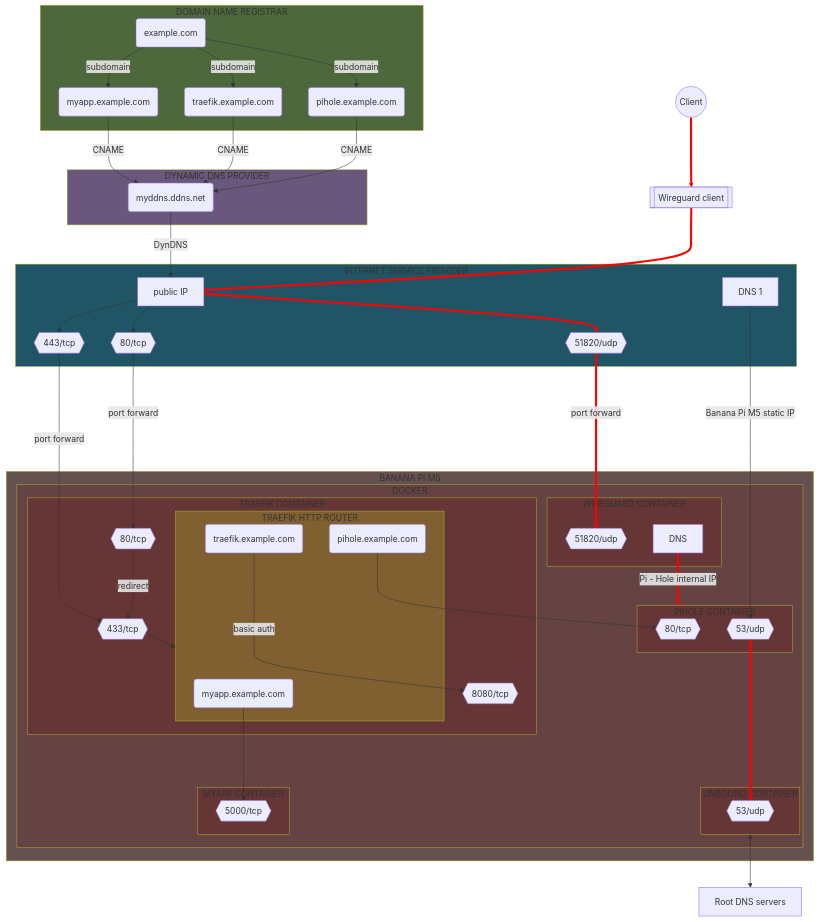
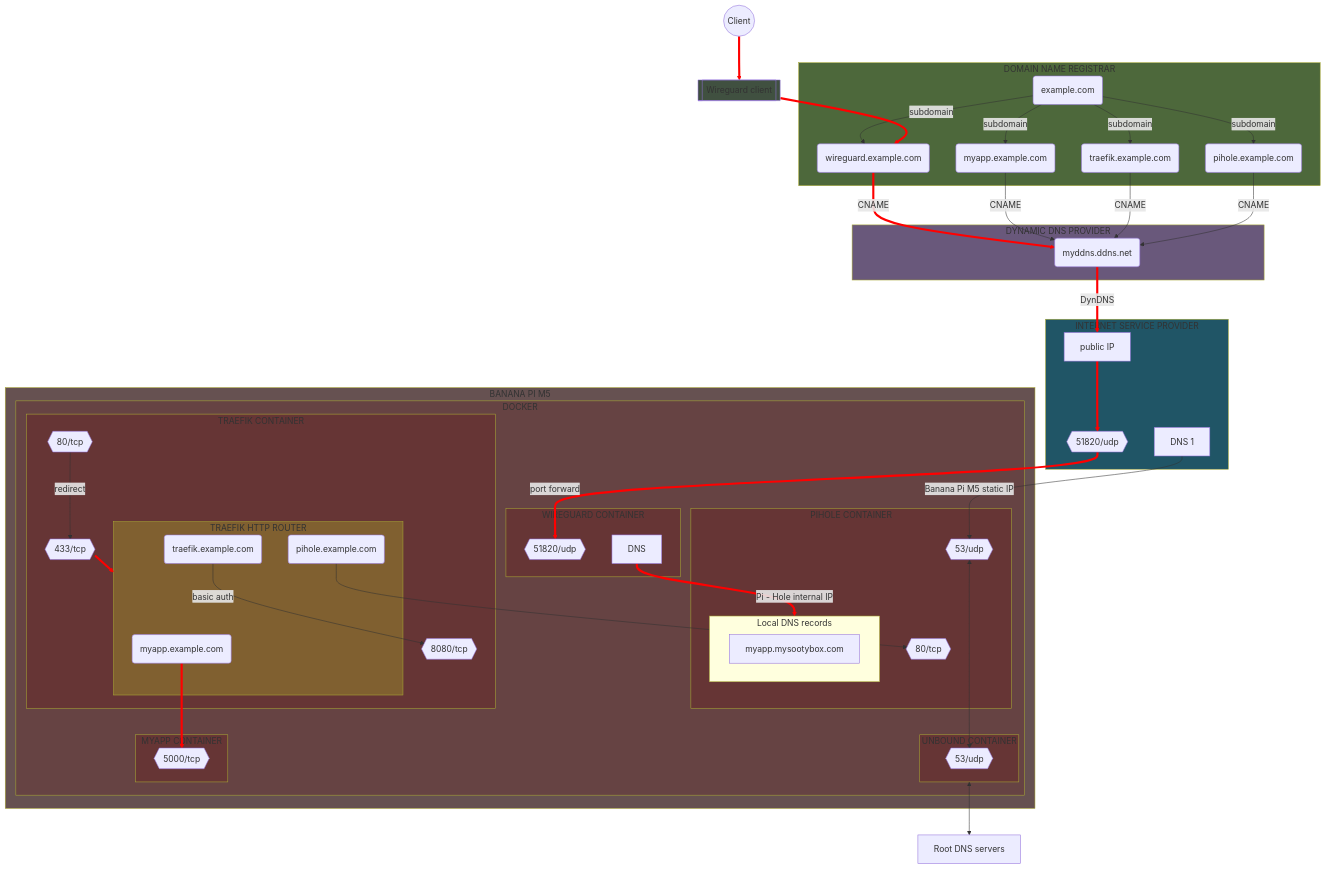
One commit to Yann39/self-hosted changed the seventh of 7 diagrams in README.md. Above: the diagram before and after it, drawn with Mermaid. The commit also changed other lines of this file and 23 other files, not shown here.

````diff
--- a/README.md
+++ b/README.md
@@ -1362,15 +1323,15 @@
     style MYAPP_CONTAINER fill: #663535
     style WIREGUARD_CONTAINER fill: #663535
     style TRAEFIK_ROUTER fill: #806030
+    style WIREGUARD_CLIENT fill: #405040
+    
     DOMAIN(example.com)
-%%SUBDOMAIN_WIREGUARD(wireguard.example.com)
+    SUBDOMAIN_WIREGUARD(wireguard.example.com)
     SUBDOMAIN_MYAPP(myapp.example.com)
     SUBDOMAIN_TRAEFIK(traefik.example.com)
     SUBDOMAIN_PIHOLE(pihole.example.com)
     DDNS(myddns.ddns.net)
     ROUTER[public IP]
-    ROUTER_PORT80{{80/tcp}}
-    ROUTER_PORT443{{443/tcp}}
     ROUTER_PORT51820{{51820/udp}}
     DOCKER_WIREGUARD_PORT51820{{51820/udp}}
     DOCKER_MYAPP_PORT5000{{5000/tcp}}
@@ -1386,14 +1347,14 @@
     ROOT_DNS_SERVERS[Root DNS servers]
 
     subgraph HOSTING_PROVIDER[DOMAIN NAME REGISTRAR]
-    %%DOMAIN -->|subdomain| SUBDOMAIN_WIREGUARD
+        DOMAIN -->|subdomain| SUBDOMAIN_WIREGUARD
         DOMAIN -->|subdomain| SUBDOMAIN_MYAPP
         DOMAIN -->|subdomain| SUBDOMAIN_TRAEFIK
         DOMAIN -->|subdomain| SUBDOMAIN_PIHOLE
     end
 
     subgraph DDNS_PROVIDER[DYNAMIC DNS PROVIDER]
-    %%SUBDOMAIN_WIREGUARD -->|CNAME| DDNS
+        SUBDOMAIN_WIREGUARD -->|CNAME| DDNS
         SUBDOMAIN_MYAPP -->|CNAME| DDNS
         SUBDOMAIN_TRAEFIK -->|CNAME| DDNS
         SUBDOMAIN_PIHOLE -->|CNAME| DDNS
@@ -1401,21 +1362,18 @@
 
     subgraph INTERNET_SERVICE_PROVIDER[INTERNET SERVICE PROVIDER]
         DDNS -->|DynDNS| ROUTER
-        ROUTER --> ROUTER_PORT80
-        ROUTER --> ROUTER_PORT443
         ROUTER --> ROUTER_PORT51820
         DNS[DNS 1]
     end
 
-    DNS ------>|Banana Pi M5 static IP| DOCKER_PIHOLE_PORT53
-    ROUTER_PORT443 -->|port forward| DOCKER_TRAEFIK_PORT443
-    ROUTER_PORT80 -->|port forward| DOCKER_TRAEFIK_PORT80
+    DNS -->|Banana Pi M5 static IP| DOCKER_PIHOLE_PORT53
     ROUTER_PORT51820 -->|port forward| DOCKER_WIREGUARD_PORT51820
     CLIENT((Client)) --> WIREGUARD_CLIENT
-    WIREGUARD_CLIENT[[Wireguard client]] --> ROUTER
-
+    WIREGUARD_CLIENT[[Wireguard client]] --> SUBDOMAIN_WIREGUARD
+    
     subgraph SINGLE_BOARD_COMPUTER[BANANA PI M5]
         subgraph CONTAINER_ENGINE[DOCKER]
+            
             subgraph UNBOUND_CONTAINER[UNBOUND CONTAINER]
                 DOCKER_UNBOUND_PORT53
             end
@@ -1423,20 +1381,25 @@
             subgraph PIHOLE_CONTAINER[PIHOLE CONTAINER]
                 DOCKER_PIHOLE_PORT80
                 DOCKER_PIHOLE_PORT53
+
+                subgraph PIHOLE_DNS[Local DNS records]
+                    PIHOLE_DNS_MYAPP[myapp.mysootybox.com]
+                end
+
             end
+            
+            DOCKER_PIHOLE_PORT53 <---> DOCKER_UNBOUND_PORT53
 
-            DOCKER_PIHOLE_PORT53 <----> DOCKER_UNBOUND_PORT53
+            subgraph MYAPP_CONTAINER[MYAPP CONTAINER]
+                DOCKER_MYAPP_PORT5000
+            end
 
             subgraph WIREGUARD_CONTAINER[WIREGUARD CONTAINER]
                 DOCKER_WIREGUARD_PORT51820
                 DNS_WIREGUARD[DNS]
             end
 
-            DNS_WIREGUARD[DNS] -->|Pi - Hole internal IP| PIHOLE_CONTAINER
-
-            subgraph MYAPP_CONTAINER[MYAPP CONTAINER]
-                DOCKER_MYAPP_PORT5000
-            end
+            DNS_WIREGUARD[DNS] -->|Pi - Hole internal IP| PIHOLE_DNS
 
             subgraph TRAEFIK_CONTAINER[TRAEFIK CONTAINER]
                 DOCKER_TRAEFIK_PORT443 --> TRAEFIK_ROUTER
@@ -1448,10 +1411,9 @@
                     TRAEFIK_ROUTER_PIHOLE
                 end
 
-                TRAEFIK_ROUTER_TRAEFIK --->|basic auth| DOCKER_TRAEFIK_PORT8080
-                TRAEFIK_ROUTER_MYAPP ---> DOCKER_MYAPP_PORT5000
+                TRAEFIK_ROUTER_TRAEFIK -->|basic auth| DOCKER_TRAEFIK_PORT8080
+                TRAEFIK_ROUTER_MYAPP --> DOCKER_MYAPP_PORT5000
                 TRAEFIK_ROUTER_PIHOLE --> DOCKER_PIHOLE_PORT80
-
             end
 
         end
@@ -1459,10 +1421,14 @@
     end
 
     UNBOUND_CONTAINER <--> ROOT_DNS_SERVERS
+    
+    linkStyle 4 stroke-width: 4px, stroke: red
+    linkStyle 8 stroke-width: 4px, stroke: red
     linkStyle 9 stroke-width: 4px, stroke: red
+    linkStyle 11 stroke-width: 4px, stroke: red
+    linkStyle 12 stroke-width: 4px, stroke: red
     linkStyle 13 stroke-width: 4px, stroke: red
-    linkStyle 14 stroke-width: 4px, stroke: red
     linkStyle 15 stroke-width: 4px, stroke: red
     linkStyle 16 stroke-width: 4px, stroke: red
-    linkStyle 17 stroke-width: 4px, stroke: red
+    linkStyle 19 stroke-width: 4px, stroke: red
 ```
````
